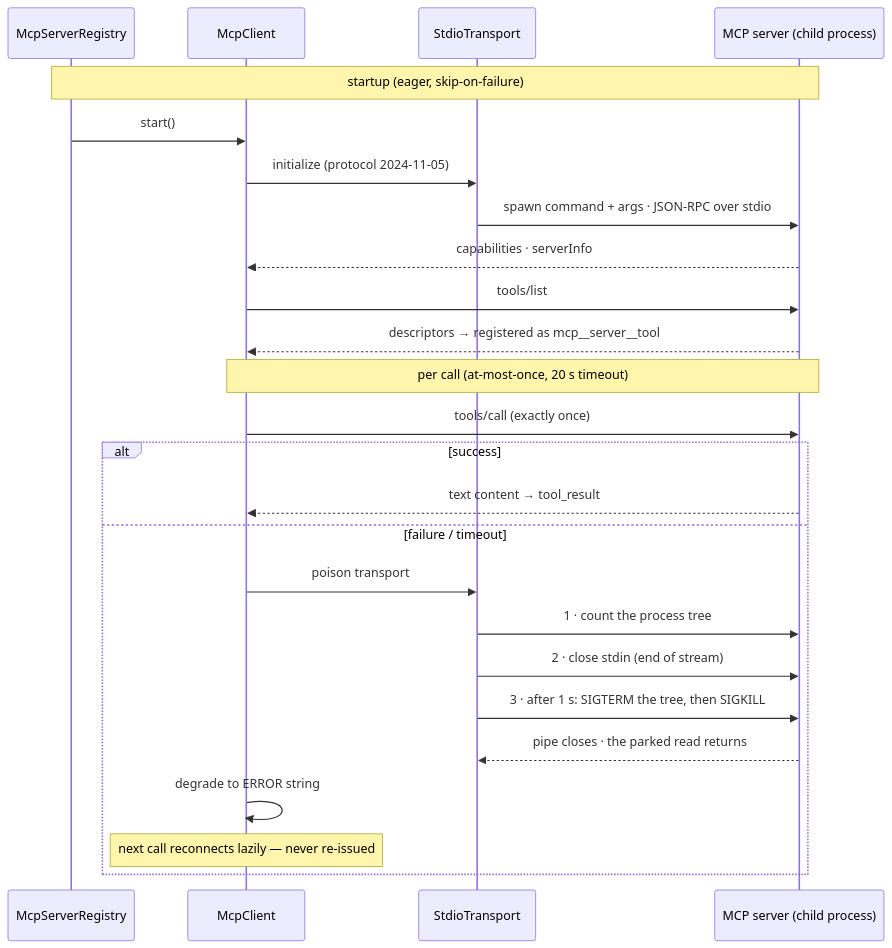
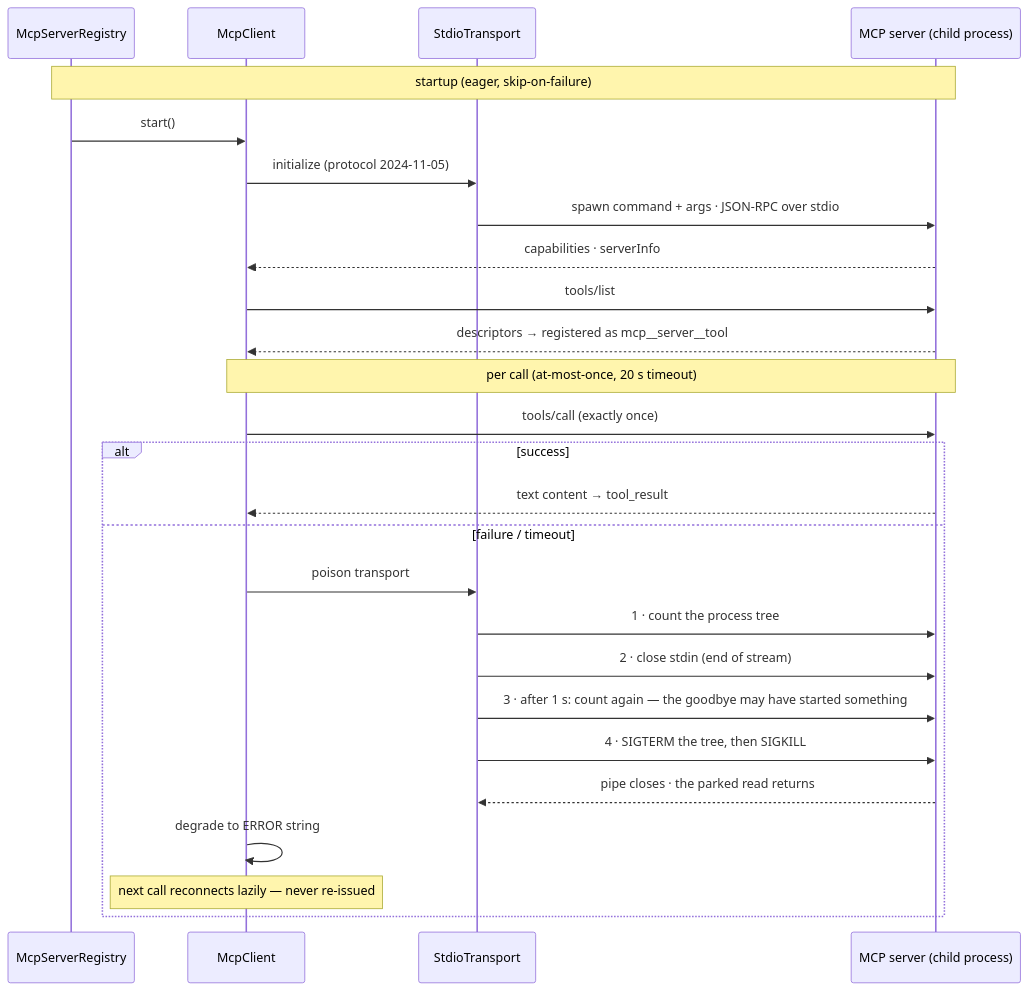
The diagram in docs/guide-assets/mermaid-src/08-mcp-seq.mmd (spectroscope/spectroscope), drawn with Mermaid before and after one commit. The commit also changed 9 other files, not shown here.

```diff
--- a/docs/guide-assets/mermaid-src/08-mcp-seq.mmd
+++ b/docs/guide-assets/mermaid-src/08-mcp-seq.mmd
@@ -1,25 +1,26 @@
 sequenceDiagram
     participant R as McpServerRegistry
     participant C as McpClient
     participant T as StdioTransport
     participant S as MCP server (child process)
     Note over R,S: startup (eager, skip-on-failure)
     R->>C: start()
     C->>T: initialize (protocol 2024-11-05)
     T->>S: spawn command + args · JSON-RPC over stdio
     S-->>C: capabilities · serverInfo
     C->>S: tools/list
     S-->>C: descriptors → registered as mcp__server__tool
     Note over C,S: per call (at-most-once, 20 s timeout)
     C->>S: tools/call (exactly once)
     alt success
         S-->>C: text content → tool_result
     else failure / timeout
         C->>T: poison transport
         T->>S: 1 · count the process tree
         T->>S: 2 · close stdin (end of stream)
-        T->>S: 3 · after 1 s: SIGTERM the tree, then SIGKILL
+        T->>S: 3 · after 1 s: count again — the goodbye may have started something
+        T->>S: 4 · SIGTERM the tree, then SIGKILL
         S-->>T: pipe closes · the parked read returns
         C->>C: degrade to ERROR string
         Note over C: next call reconnects lazily — never re-issued
     end
```
